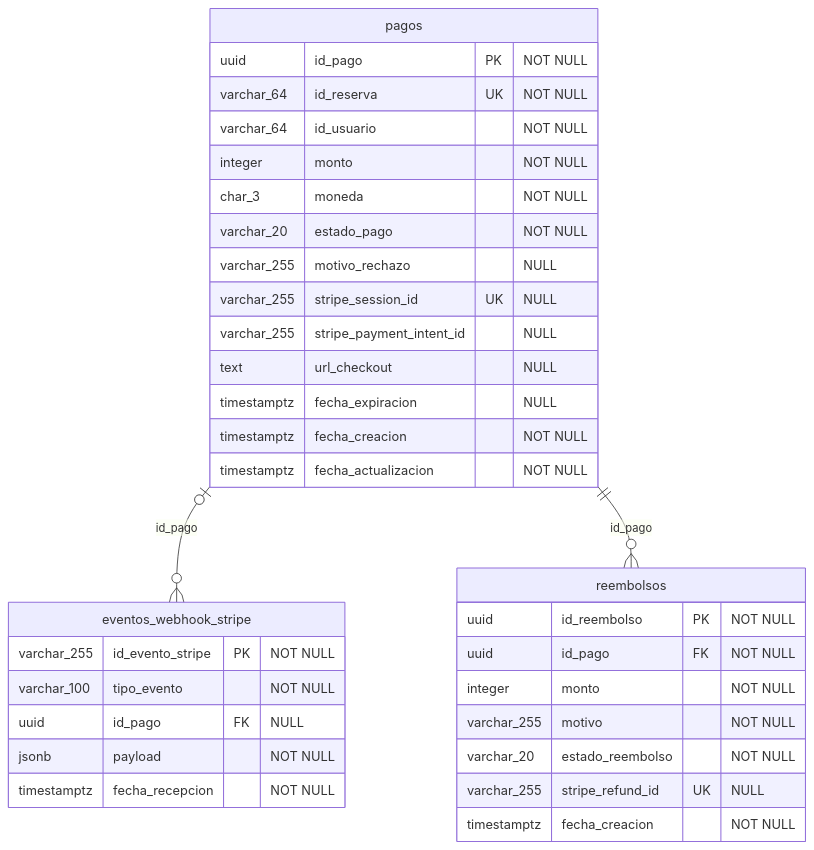
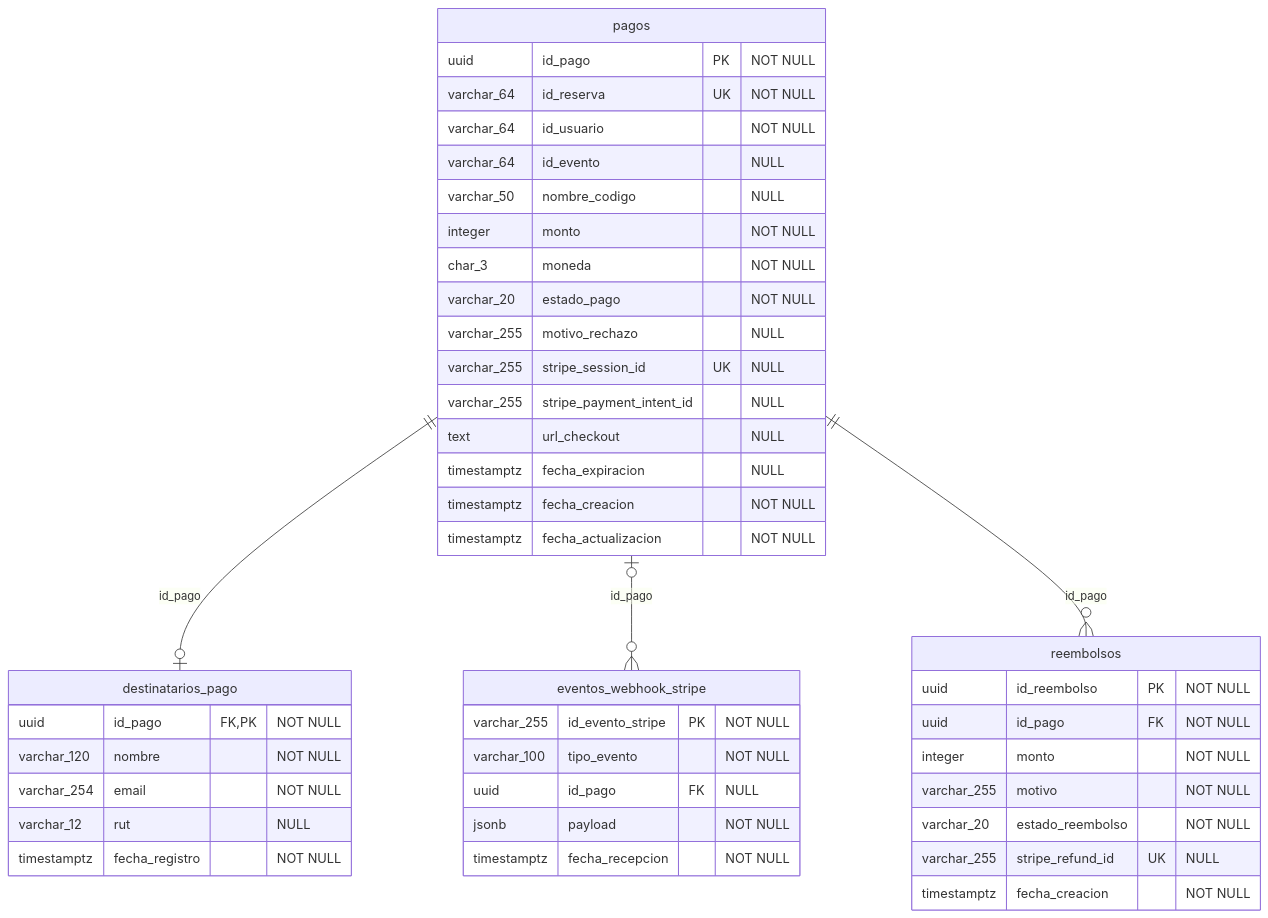
Before and after one commit to Modulos-Pagos/arquitectura-pagos: the diagram in backend/docs/base-de-datos/diagrama-relacional.mmd, drawn with Mermaid. The commit also changed 75 other files, not shown here.

```diff
--- a/backend/docs/base-de-datos/diagrama-relacional.mmd
+++ b/backend/docs/base-de-datos/diagrama-relacional.mmd
@@ -1,34 +1,44 @@
 erDiagram
     pagos {
         uuid id_pago PK "NOT NULL"
         varchar_64 id_reserva UK "NOT NULL"
         varchar_64 id_usuario "NOT NULL"
+        varchar_64 id_evento "NULL"
+        varchar_50 nombre_codigo "NULL"
         integer monto "NOT NULL"
         char_3 moneda "NOT NULL"
         varchar_20 estado_pago "NOT NULL"
         varchar_255 motivo_rechazo "NULL"
         varchar_255 stripe_session_id UK "NULL"
         varchar_255 stripe_payment_intent_id "NULL"
         text url_checkout "NULL"
         timestamptz fecha_expiracion "NULL"
         timestamptz fecha_creacion "NOT NULL"
         timestamptz fecha_actualizacion "NOT NULL"
+    }
+    destinatarios_pago {
+        uuid id_pago FK,PK "NOT NULL"
+        varchar_120 nombre "NOT NULL"
+        varchar_254 email "NOT NULL"
+        varchar_12 rut "NULL"
+        timestamptz fecha_registro "NOT NULL"
     }
     eventos_webhook_stripe {
         varchar_255 id_evento_stripe PK "NOT NULL"
         varchar_100 tipo_evento "NOT NULL"
         uuid id_pago FK "NULL"
         jsonb payload "NOT NULL"
         timestamptz fecha_recepcion "NOT NULL"
     }
     reembolsos {
         uuid id_reembolso PK "NOT NULL"
         uuid id_pago FK "NOT NULL"
         integer monto "NOT NULL"
         varchar_255 motivo "NOT NULL"
         varchar_20 estado_reembolso "NOT NULL"
         varchar_255 stripe_refund_id UK "NULL"
         timestamptz fecha_creacion "NOT NULL"
     }
+    pagos ||--o| destinatarios_pago : "id_pago"
     pagos |o--o{ eventos_webhook_stripe : "id_pago"
     pagos ||--o{ reembolsos : "id_pago"
```
